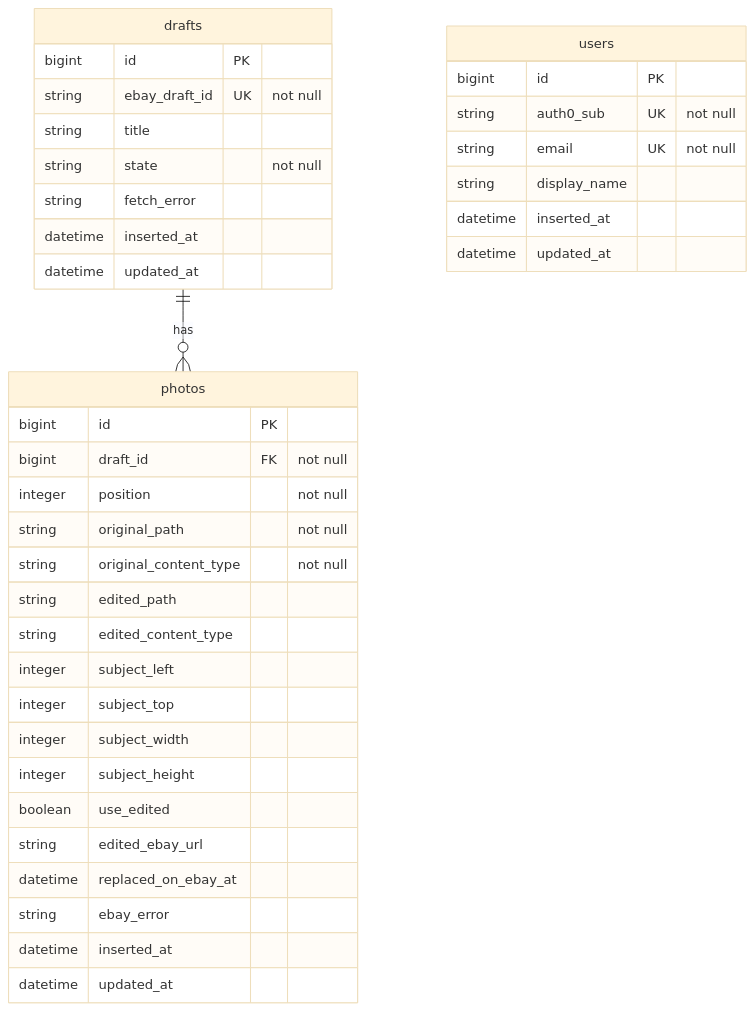
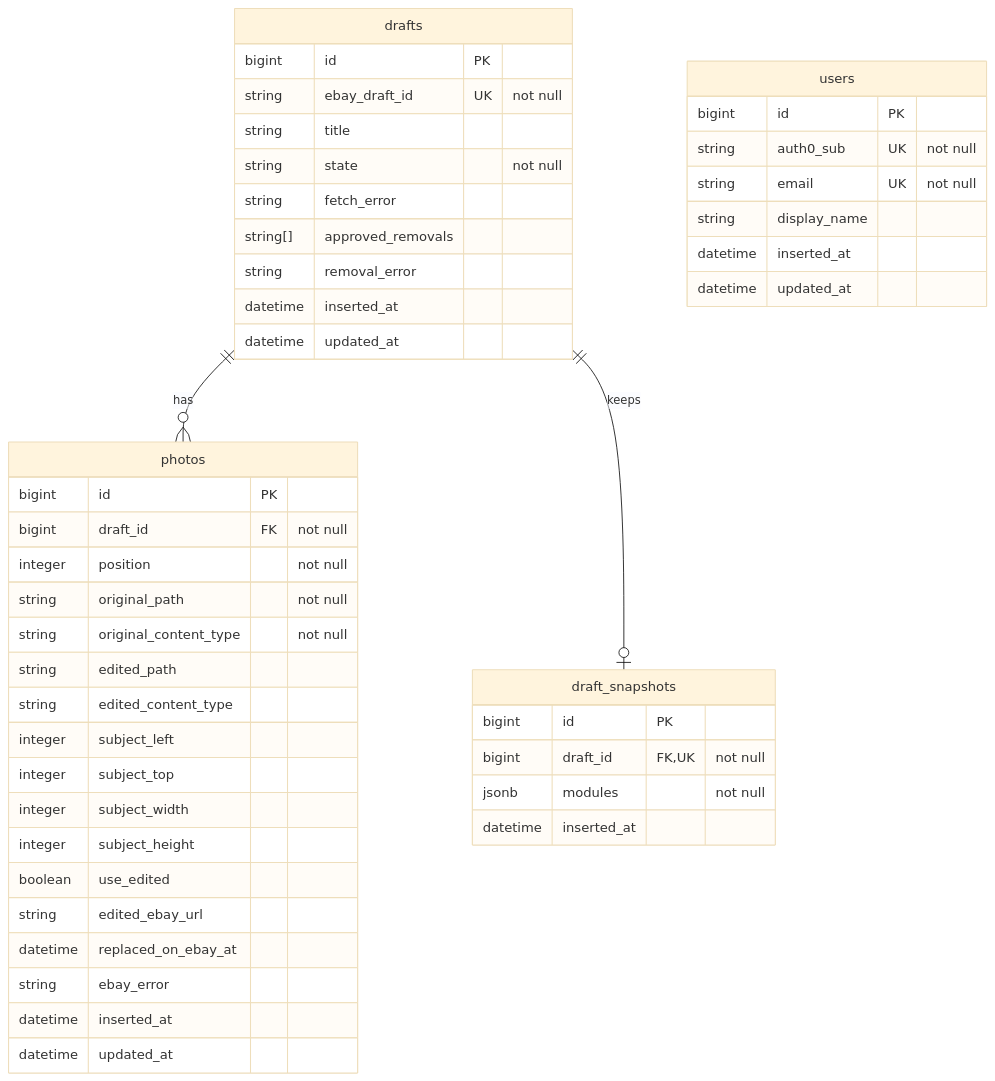
Before and after one commit to dewetblomerus/flipper: the diagram in docs/erd.md, drawn with Mermaid (base theme). The commit also changed other lines of this file and 25 other files, not shown here.

First line of the commit message:
Remove approved optional eBay fields and finish drafts.

````diff
--- a/docs/erd.md
+++ b/docs/erd.md
@@ -7,43 +7,53 @@
 ```mermaid
 erDiagram
     drafts ||--o{ photos : has
+    drafts ||--o| draft_snapshots : keeps
 
     users {
         bigint id PK
         string auth0_sub UK "not null"
         string email UK "not null"
         string display_name
         datetime inserted_at
         datetime updated_at
     }
 
     drafts {
         bigint id PK
         string ebay_draft_id UK "not null"
         string title
         string state "not null"
         string fetch_error
+        string[] approved_removals
+        string removal_error
         datetime inserted_at
         datetime updated_at
     }
 
     photos {
         bigint id PK
         bigint draft_id FK "not null"
         integer position "not null"
         string original_path "not null"
         string original_content_type "not null"
         string edited_path
         string edited_content_type
         integer subject_left
         integer subject_top
         integer subject_width
         integer subject_height
         boolean use_edited
         string edited_ebay_url
         datetime replaced_on_ebay_at
         string ebay_error
         datetime inserted_at
         datetime updated_at
     }
+
+    draft_snapshots {
+        bigint id PK
+        bigint draft_id FK,UK "not null"
+        jsonb modules "not null"
+        datetime inserted_at
+    }
 ```
````
